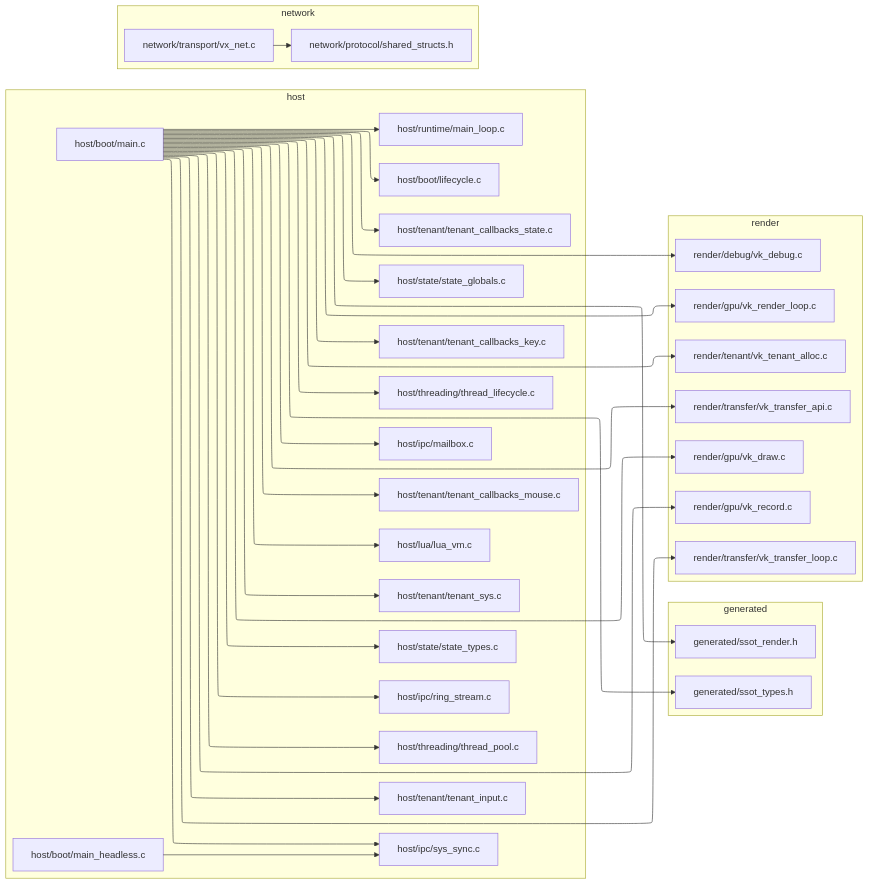
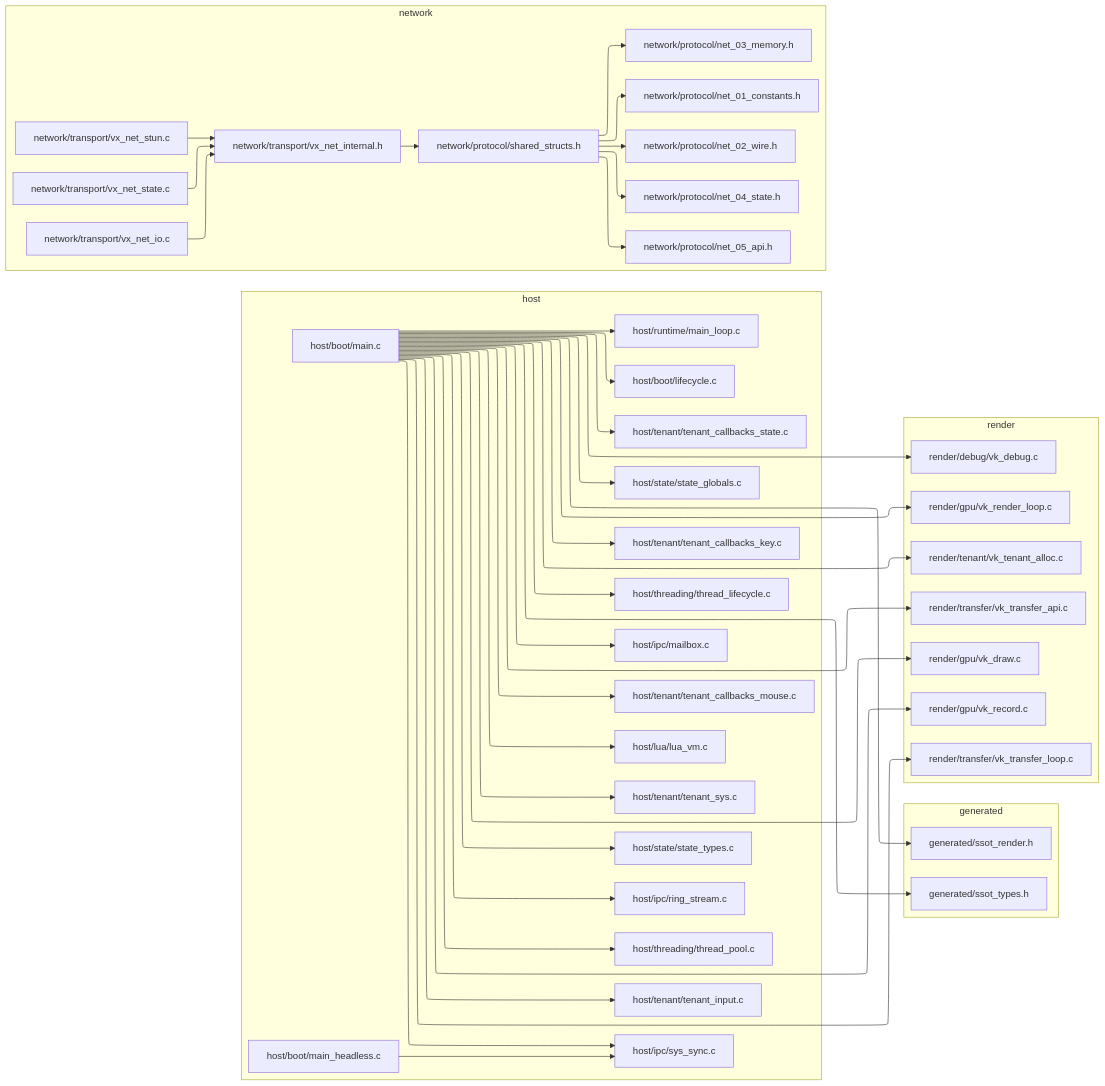
Before and after one commit to beyondbrokkoli/demo_engine: the diagram in docs/deps_c.md, drawn with Mermaid. The commit also changed 3 other files, not shown here.

````diff
--- a/docs/deps_c.md
+++ b/docs/deps_c.md
@@ -26,8 +26,16 @@
         host_threading_thread_pool_c["host/threading/thread_pool.c"]
     end
     subgraph network
+        network_protocol_net_01_constants_h["network/protocol/net_01_constants.h"]
+        network_protocol_net_02_wire_h["network/protocol/net_02_wire.h"]
+        network_protocol_net_03_memory_h["network/protocol/net_03_memory.h"]
+        network_protocol_net_04_state_h["network/protocol/net_04_state.h"]
+        network_protocol_net_05_api_h["network/protocol/net_05_api.h"]
         network_protocol_shared_structs_h["network/protocol/shared_structs.h"]
-        network_transport_vx_net_c["network/transport/vx_net.c"]
+        network_transport_vx_net_internal_h["network/transport/vx_net_internal.h"]
+        network_transport_vx_net_io_c["network/transport/vx_net_io.c"]
+        network_transport_vx_net_state_c["network/transport/vx_net_state.c"]
+        network_transport_vx_net_stun_c["network/transport/vx_net_stun.c"]
     end
     subgraph render
         render_debug_vk_debug_c["render/debug/vk_debug.c"]
@@ -63,5 +71,13 @@
     host_boot_main_c --> render_transfer_vk_transfer_api_c
     host_boot_main_c --> render_transfer_vk_transfer_loop_c
     host_boot_main_headless_c --> host_ipc_sys_sync_c
-    network_transport_vx_net_c --> network_protocol_shared_structs_h
+    network_protocol_shared_structs_h --> network_protocol_net_01_constants_h
+    network_protocol_shared_structs_h --> network_protocol_net_02_wire_h
+    network_protocol_shared_structs_h --> network_protocol_net_03_memory_h
+    network_protocol_shared_structs_h --> network_protocol_net_04_state_h
+    network_protocol_shared_structs_h --> network_protocol_net_05_api_h
+    network_transport_vx_net_internal_h --> network_protocol_shared_structs_h
+    network_transport_vx_net_io_c --> network_transport_vx_net_internal_h
+    network_transport_vx_net_state_c --> network_transport_vx_net_internal_h
+    network_transport_vx_net_stun_c --> network_transport_vx_net_internal_h
 ```
````
